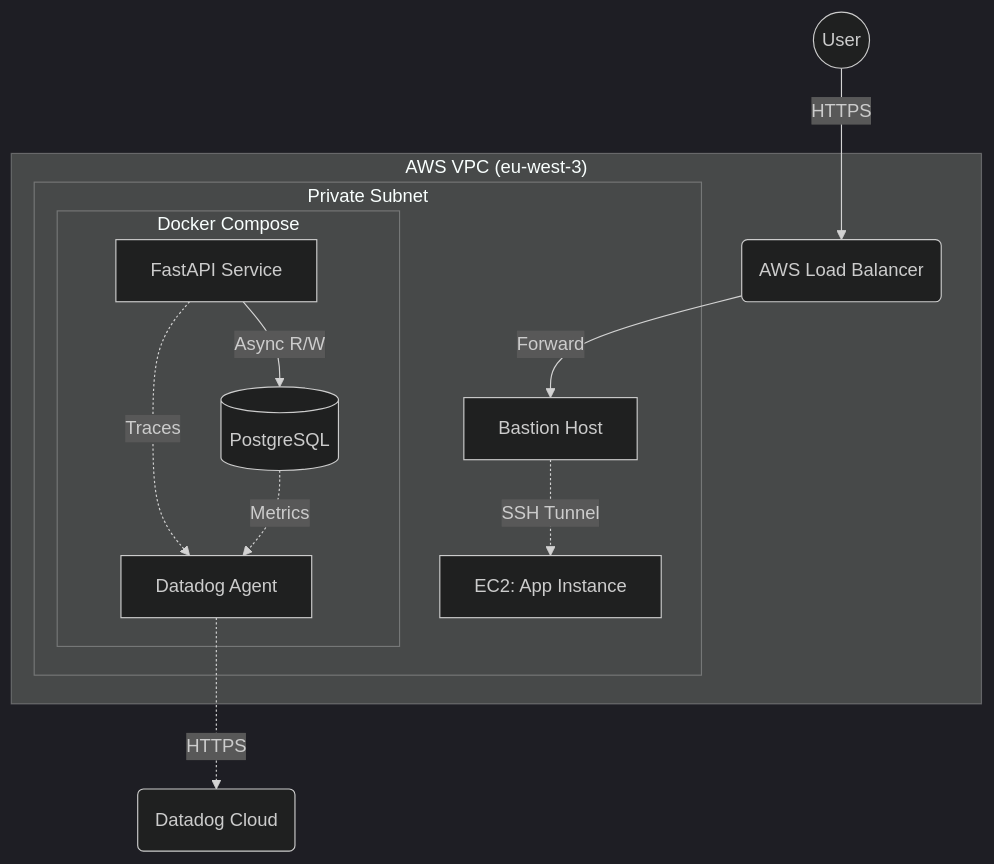
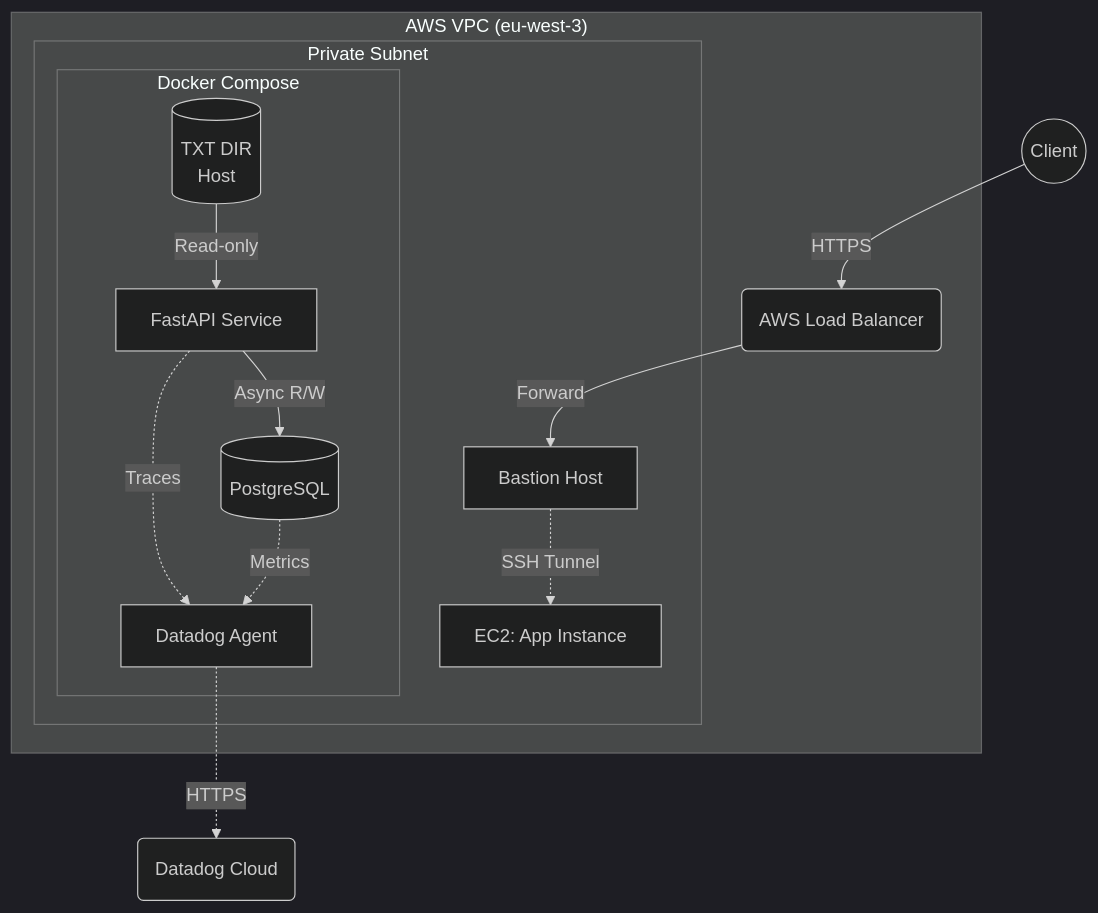
One commit to AG7-ES/nlp-pipeline-repo changed the second of 4 diagrams in README.md. Above: the diagram before and after it, drawn with Mermaid (dark theme). The commit also changed other lines of this file, not shown here.

````diff
--- a/README.md
+++ b/README.md
@@ -304,24 +304,26 @@
 ```mermaid
 graph TD
-    User((User)) -->|HTTPS| ALB(AWS Load Balancer)
+    Client((Client)) -->|HTTPS| ALB(AWS Load Balancer)
     
     subgraph "AWS VPC (eu-west-3)"
         ALB -->|Forward| Bastion[Bastion Host]
         
         subgraph "Private Subnet"
             Bastion -.->|SSH Tunnel| AppInstance[EC2: App Instance]
             
             subgraph "Docker Compose"
                 FastAPI[FastAPI Service]
                 DB[(PostgreSQL)]
                 Agent[Datadog Agent]
+                Texts[(TXT DIR<br/>Host)]
                 
                 FastAPI -->|Async R/W| DB
                 FastAPI -.->|Traces| Agent
                 DB -.->|Metrics| Agent
+                Texts -->|Read-only| FastAPI
             end
         end
     end
     
     Agent -.->|HTTPS| DDCloud(Datadog Cloud)
 ```
````
